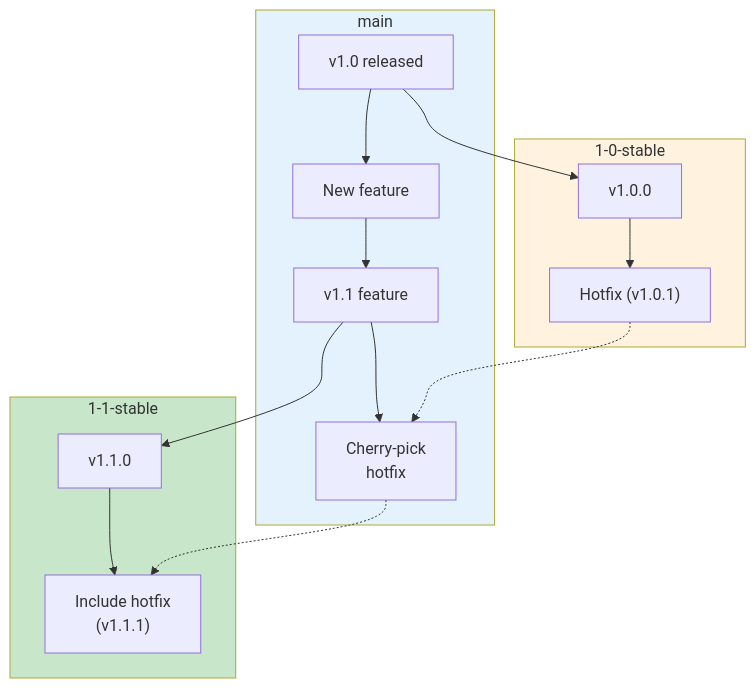
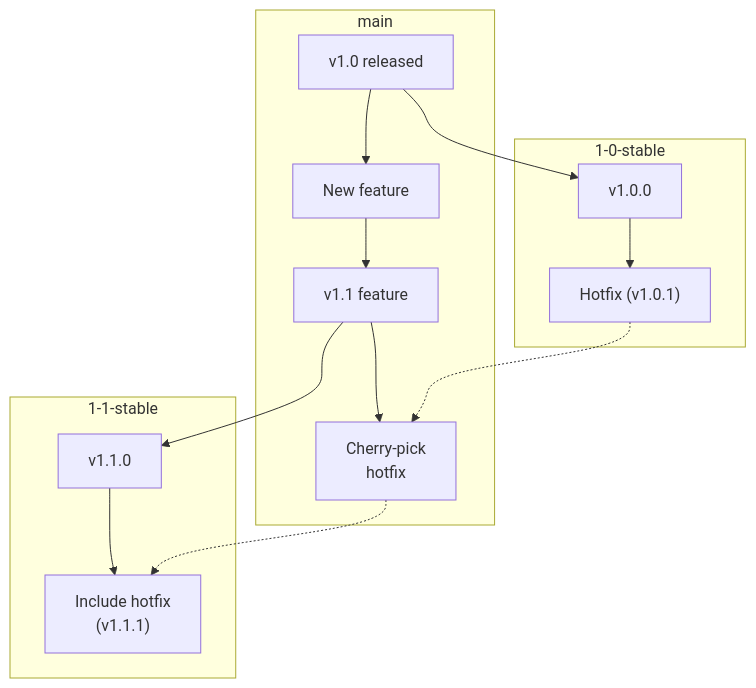
The sixth of 8 diagrams in docs/cicd/branching-strategies.md (shivam-g-mishra/blog), drawn with Mermaid before and after one commit. The commit also changed other lines of this file and 23 other files, not shown here.

First line of the commit message:
fix: improve Mermaid diagram visibility in dark mode

````diff
--- a/docs/cicd/branching-strategies.md
+++ b/docs/cicd/branching-strategies.md
@@ -420,25 +393,21 @@
 ```mermaid
 flowchart TB
     subgraph main_branch["main"]
         M1[v1.0 released] --> M2[New feature]
         M2 --> M3[v1.1 feature]
         M3 --> M4[Cherry-pick<br/>hotfix]
     end
     
     subgraph stable_1_0["1-0-stable"]
         S10_1[v1.0.0] --> S10_2["Hotfix (v1.0.1)"]
     end
     
     subgraph stable_1_1["1-1-stable"]
         S11_1[v1.1.0] --> S11_2["Include hotfix<br/>(v1.1.1)"]
     end
     
     M1 --> S10_1
     M3 --> S11_1
     S10_2 -.-> M4
     M4 -.-> S11_2
-    
-    style main_branch fill:#e3f2fd
-    style stable_1_0 fill:#fff3e0
-    style stable_1_1 fill:#c8e6c9
 ```
````
